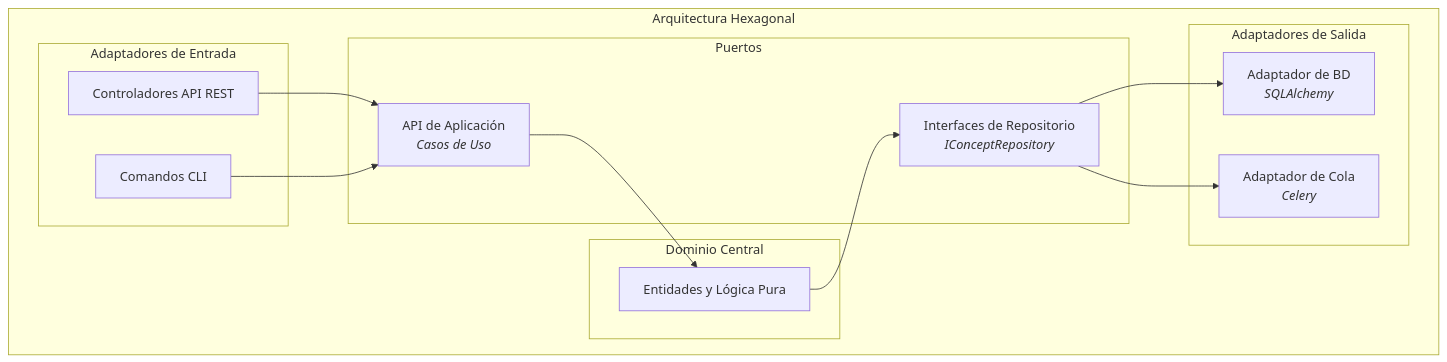
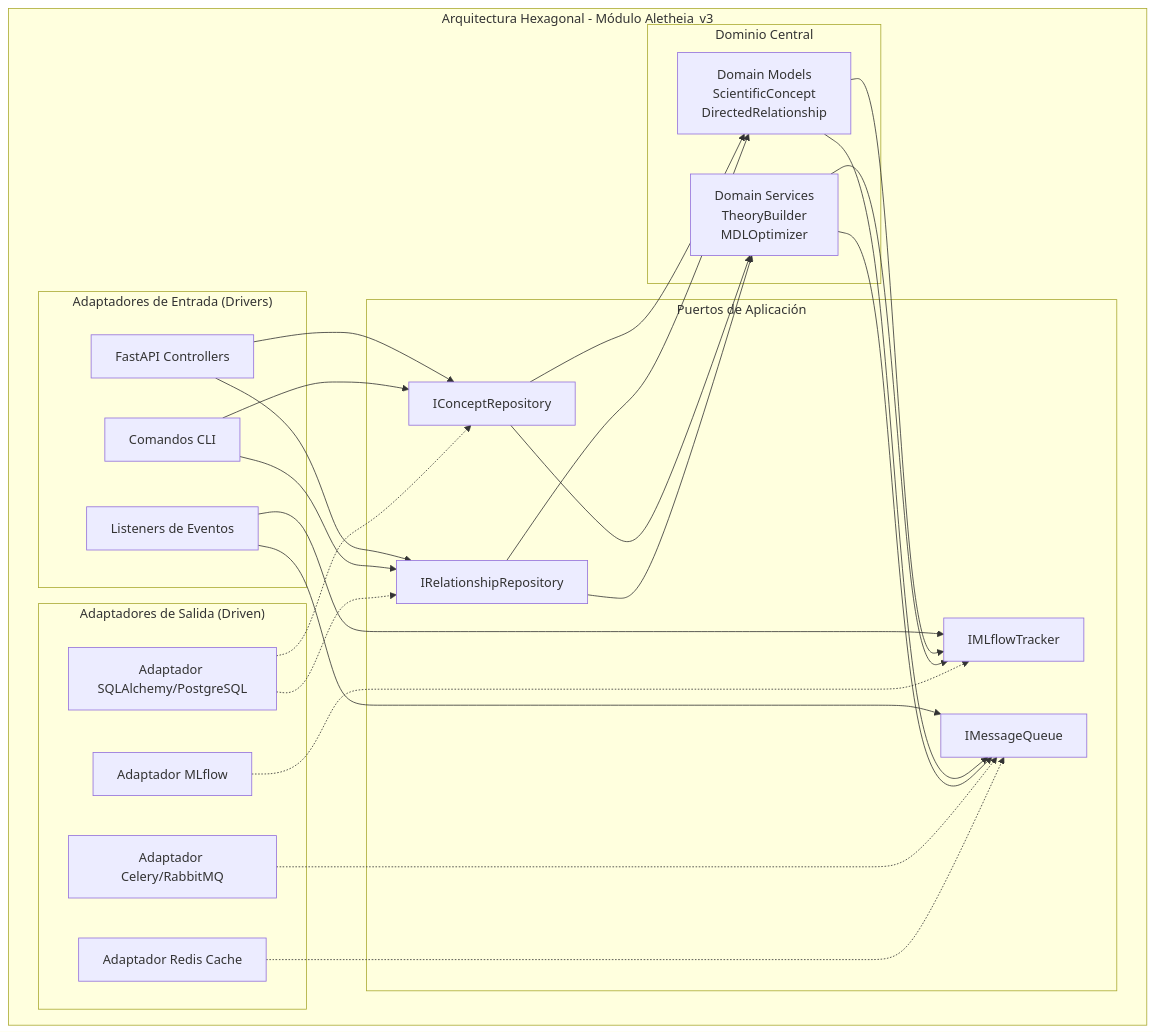
One commit to SunNeurotron/Aletheia changed the third of 6 diagrams in README.md. Above: the diagram before and after it, drawn with Mermaid. The commit also changed other lines of this file, not shown here.

````diff
--- a/README.md
+++ b/README.md
@@ -105,26 +154,34 @@
 ```mermaid
 graph TD
-    subgraph "Arquitectura Hexagonal"
+    subgraph "Arquitectura Hexagonal - Módulo Aletheia_v3"
         subgraph "Dominio Central"
-            DOM[Entidades y Lógica Pura]
+            DOM[Domain Models<br/>ScientificConcept<br/>DirectedRelationship]
+            DS[Domain Services<br/>TheoryBuilder<br/>MDLOptimizer]
         end
-        subgraph "Puertos"
-            P_IN[API de Aplicación<br><i>Casos de Uso</i>]
-            P_OUT[Interfaces de Repositorio<br><i>IConceptRepository</i>]
+        subgraph "Puertos de Aplicación"
+            P1[IConceptRepository]
+            P2[IRelationshipRepository]
+            P3[IMLflowTracker]
+            P4[IMessageQueue]
         end
-        subgraph "Adaptadores de Entrada"
-            A_IN_API[Controladores API REST]
-            A_IN_CLI[Comandos CLI]
+        subgraph "Adaptadores de Entrada (Drivers)"
+            API[FastAPI Controllers]
+            CLI[Comandos CLI]
+            EVT[Listeners de Eventos]
         end
-        subgraph "Adaptadores de Salida"
-            A_OUT_DB[Adaptador de BD<br><i>SQLAlchemy</i>]
-            A_OUT_MQ[Adaptador de Cola<br><i>Celery</i>]
+        subgraph "Adaptadores de Salida (Driven)"
+            SQL[Adaptador SQLAlchemy/PostgreSQL]
+            MLF2[Adaptador MLflow]
+            CEL[Adaptador Celery/RabbitMQ]
+            RED[Adaptador Redis Cache]
         end
-        A_IN_API --> P_IN
-        A_IN_CLI --> P_IN
-        P_IN --> DOM
-        DOM --> P_OUT
-        P_OUT --> A_OUT_DB
-        P_OUT --> A_OUT_MQ
+        API --> P1 & P2
+        CLI --> P1 & P2
+        EVT --> P3 & P4
+        P1 & P2 --> DOM & DS
+        DOM & DS --> P3 & P4
+        SQL -.-> P1 & P2
+        MLF2 -.-> P3
+        CEL & RED -.-> P4
     end
 ```
````
